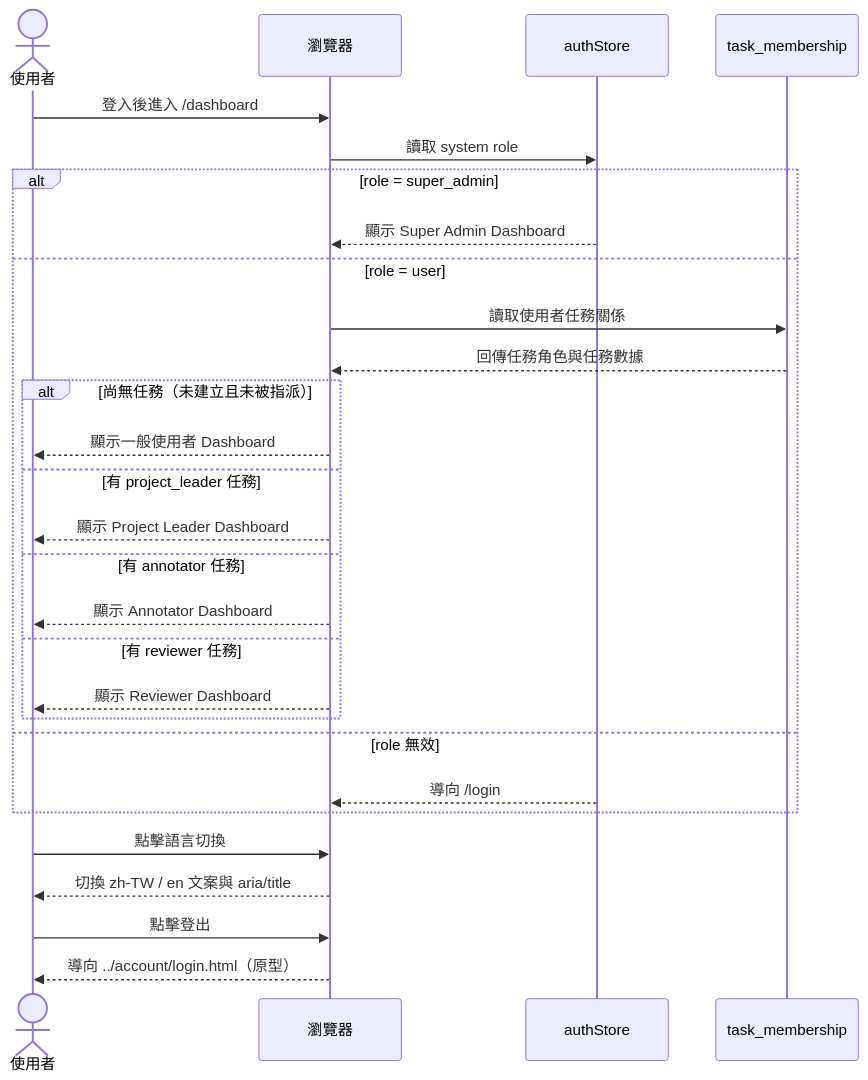
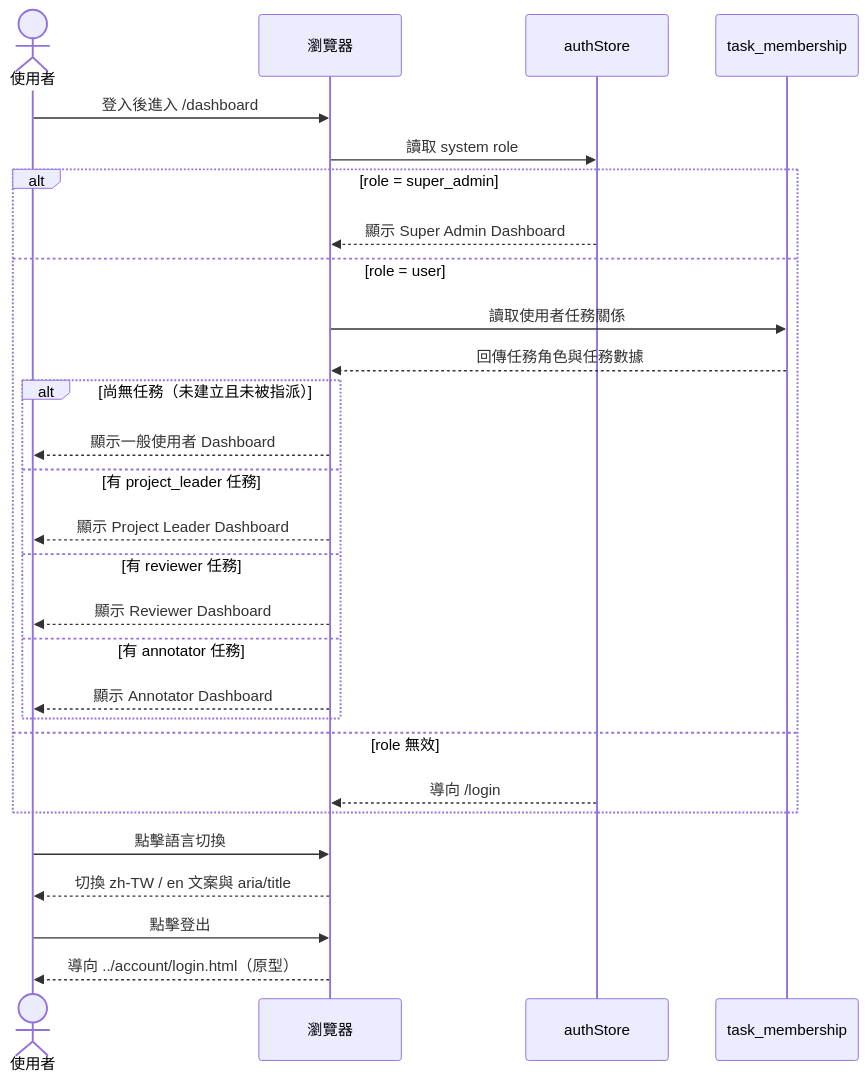
One commit to singyichen/label-suite changed the first of 2 diagrams in specs/dashboard/012-dashboard/spec.md. Above: the diagram before and after it, drawn with Mermaid. The commit also changed other lines of this file, not shown here.

````diff
--- a/specs/dashboard/012-dashboard/spec.md
+++ b/specs/dashboard/012-dashboard/spec.md
@@ -47,34 +47,34 @@
 ```mermaid
 sequenceDiagram
     actor 使用者
     participant 瀏覽器
     participant authStore
     participant membership as task_membership
 
     使用者->>瀏覽器: 登入後進入 /dashboard
     瀏覽器->>authStore: 讀取 system role
 
     alt role = super_admin
         authStore-->>瀏覽器: 顯示 Super Admin Dashboard
     else role = user
         瀏覽器->>membership: 讀取使用者任務關係
         membership-->>瀏覽器: 回傳任務角色與任務數據
         alt 尚無任務（未建立且未被指派）
             瀏覽器-->>使用者: 顯示一般使用者 Dashboard
         else 有 project_leader 任務
             瀏覽器-->>使用者: 顯示 Project Leader Dashboard
+        else 有 reviewer 任務
+            瀏覽器-->>使用者: 顯示 Reviewer Dashboard
         else 有 annotator 任務
             瀏覽器-->>使用者: 顯示 Annotator Dashboard
-        else 有 reviewer 任務
-            瀏覽器-->>使用者: 顯示 Reviewer Dashboard
         end
     else role 無效
         authStore-->>瀏覽器: 導向 /login
     end
 
     使用者->>瀏覽器: 點擊語言切換
     瀏覽器-->>使用者: 切換 zh-TW / en 文案與 aria/title
 
     使用者->>瀏覽器: 點擊登出
     瀏覽器-->>使用者: 導向 ../account/login.html（原型）
 ```
````
